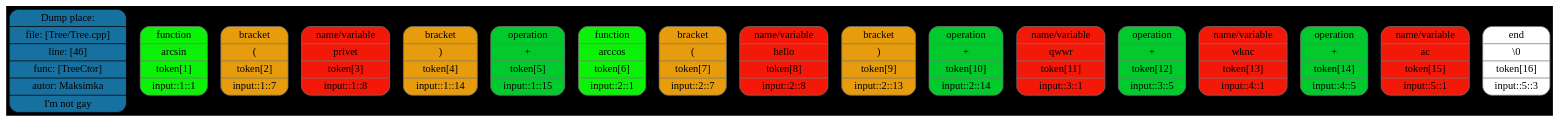
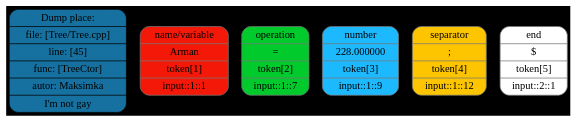
The diagram in token.dot (Maksim-Sebelev/Language), drawn with Graphviz before and after one commit. The commit also changed 26 other files, not shown here.

```diff
--- a/token.dot
+++ b/token.dot
@@ -1,22 +1,11 @@
 digraph G{
 rankdir=TB
 graph [bgcolor="#000000"];
 size = "100 5"
-place[shape=Mrecord, style=filled, fillcolor="#1771a0", pos="0,1!",label = " { Dump place: | file: [Tree/Tree.cpp] | line: [46] | func: [TreeCtor] | autor: Maksimka | I'm not gay } "color = "#000000"];
-token0[shape=Mrecord, style=filled, fillcolor="#0cf108",label = " { function | arcsin |  token[1] |  input::1::1 } ", color = "#777777"];
-token1[shape=Mrecord, style=filled, fillcolor="#e69c0c",label = " { bracket | ( |  token[2] |  input::1::7 } ", color = "#777777"];
-token2[shape=Mrecord, style=filled, fillcolor="#f31807",label = " { name/variable | privet |  token[3] |  input::1::8 } ", color = "#777777"];
-token3[shape=Mrecord, style=filled, fillcolor="#e69c0c",label = " { bracket | ) |  token[4] |  input::1::14 } ", color = "#777777"];
-token4[shape=Mrecord, style=filled, fillcolor="#00ca2c",label = " { operation | + |  token[5] |  input::1::15 } ", color = "#777777"];
-token5[shape=Mrecord, style=filled, fillcolor="#0cf108",label = " { function | arccos |  token[6] |  input::2::1 } ", color = "#777777"];
-token6[shape=Mrecord, style=filled, fillcolor="#e69c0c",label = " { bracket | ( |  token[7] |  input::2::7 } ", color = "#777777"];
-token7[shape=Mrecord, style=filled, fillcolor="#f31807",label = " { name/variable | hello |  token[8] |  input::2::8 } ", color = "#777777"];
-token8[shape=Mrecord, style=filled, fillcolor="#e69c0c",label = " { bracket | ) |  token[9] |  input::2::13 } ", color = "#777777"];
-token9[shape=Mrecord, style=filled, fillcolor="#00ca2c",label = " { operation | + |  token[10] |  input::2::14 } ", color = "#777777"];
-token10[shape=Mrecord, style=filled, fillcolor="#f31807",label = " { name/variable | qwwr |  token[11] |  input::3::1 } ", color = "#777777"];
-token11[shape=Mrecord, style=filled, fillcolor="#00ca2c",label = " { operation | + |  token[12] |  input::3::5 } ", color = "#777777"];
-token12[shape=Mrecord, style=filled, fillcolor="#f31807",label = " { name/variable | wknc |  token[13] |  input::4::1 } ", color = "#777777"];
-token13[shape=Mrecord, style=filled, fillcolor="#00ca2c",label = " { operation | + |  token[14] |  input::4::5 } ", color = "#777777"];
-token14[shape=Mrecord, style=filled, fillcolor="#f31807",label = " { name/variable | ac |  token[15] |  input::5::1 } ", color = "#777777"];
-token15[shape=Mrecord, style=filled, fillcolor="#ffffff",label = " { end | \\0 |  token[16] |  input::5::3 } ", color = "#777777"];
+place[shape=Mrecord, style=filled, fillcolor="#1771a0", pos="0,1!",label = " { Dump place: | file: [Tree/Tree.cpp] | line: [45] | func: [TreeCtor] | autor: Maksimka | I'm not gay } "color = "#000000"];
+token0[shape=Mrecord, style=filled, fillcolor="#f31807",label = " { name/variable | Arman |  token[1] |  input::1::1 } ", color = "#777777"];
+token1[shape=Mrecord, style=filled, fillcolor="#00ca2c",label = " { operation | = |  token[2] |  input::1::7 } ", color = "#777777"];
+token2[shape=Mrecord, style=filled, fillcolor="#1cb9ff",label = " { number | 228.000000 |  token[3] |  input::1::9 } ", color = "#777777"];
+token3[shape=Mrecord, style=filled, fillcolor="#fdc500",label = " { separator | ; |  token[4] |  input::1::12 } ", color = "#777777"];
+token4[shape=Mrecord, style=filled, fillcolor="#ffffff",label = " { end | $ |  token[5] |  input::2::1 } ", color = "#777777"];
 }
```
